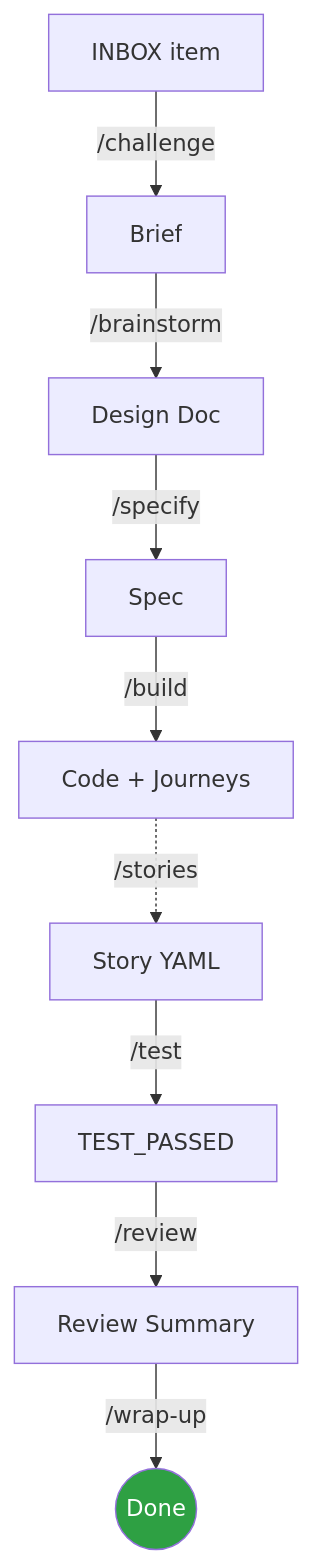
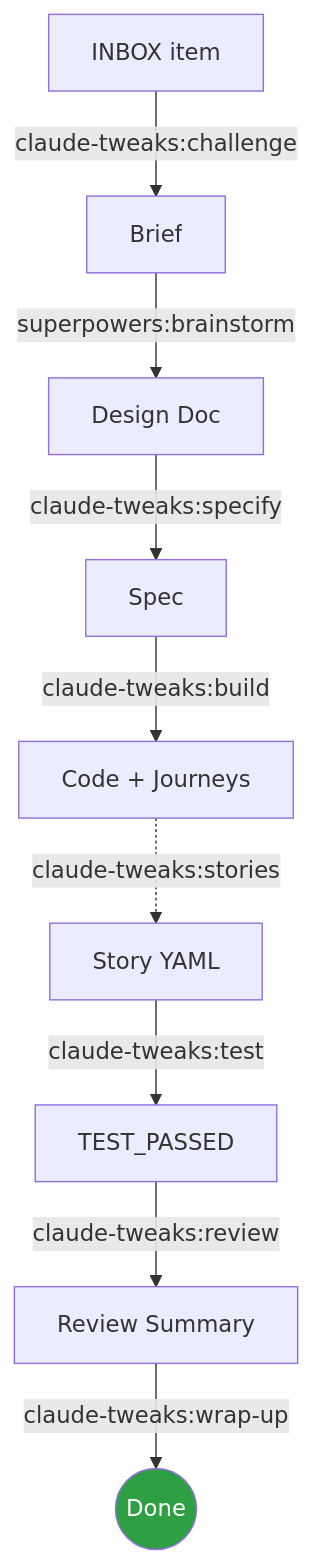
Before and after one commit to thomasholknielsen/claude-tweaks: the second of 2 diagrams in README.md, drawn with Mermaid. The commit also changed other lines of this file and 1 other file, not shown here.

````diff
--- a/README.md
+++ b/README.md
@@ -323,13 +326,13 @@
 ```mermaid
 graph TD
-  inbox["INBOX item"] -->|/challenge| brief["Brief"]
-  brief -->|/brainstorm| design["Design Doc"]
-  design -->|/specify| spec["Spec"]
-  spec -->|/build| code["Code + Journeys"]
-  code -.->|/stories| yaml["Story YAML"]
-  yaml -->|/test| pass["TEST_PASSED"]
-  pass -->|/review| summary["Review Summary"]
-  summary -->|/wrap-up| done(("Done"))
+  inbox["INBOX item"] -->|"claude-tweaks:challenge"| brief["Brief"]
+  brief -->|"superpowers:brainstorm"| design["Design Doc"]
+  design -->|"claude-tweaks:specify"| spec["Spec"]
+  spec -->|"claude-tweaks:build"| code["Code + Journeys"]
+  code -.->|"claude-tweaks:stories"| yaml["Story YAML"]
+  yaml -->|"claude-tweaks:test"| pass["TEST_PASSED"]
+  pass -->|"claude-tweaks:review"| summary["Review Summary"]
+  summary -->|"claude-tweaks:wrap-up"| done(("Done"))
 
   style done fill:#2ea043,color:#fff
 ```
````
